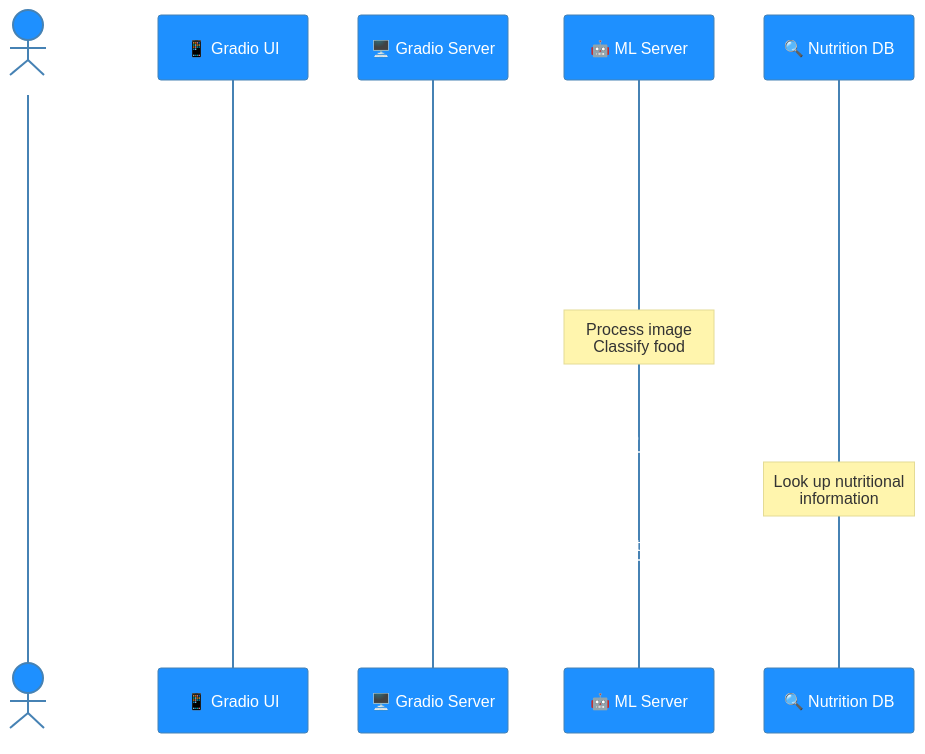
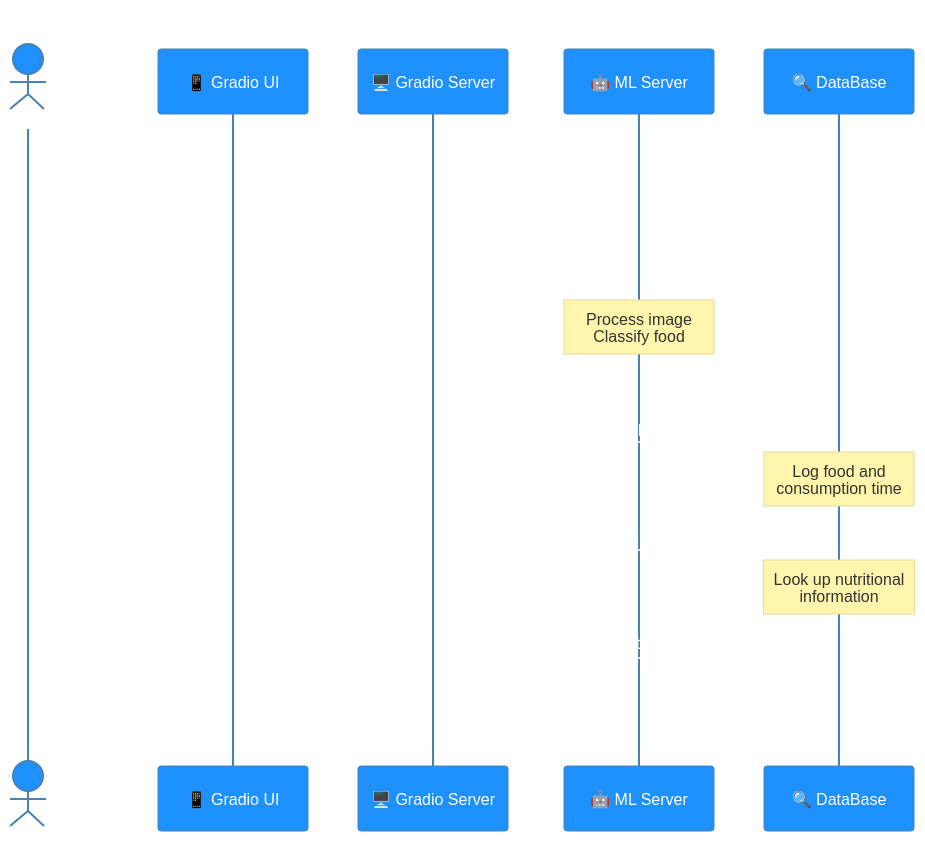
The second of 2 diagrams in README.md (ms-five-guys/food-decoder), drawn with Mermaid before and after one commit. The commit also changed other lines of this file, not shown here.

Commit message:
📝 Update `README.md` to separate sequence diagrams

````diff
--- a/README.md
+++ b/README.md
@@ -33,40 +72,42 @@
 ```mermaid
 %%{
   init: {
     'theme': 'base',
     'themeVariables': {
       'primaryColor': '#1E90FF',
       'primaryTextColor': '#FFFFFF',
       'primaryBorderColor': '#4682B4',
       'lineColor': '#32CD32',
       'secondaryColor': '#FFD700',
       'tertiaryColor': '#F0F8FF'
     }
   }
 }%%
 
 sequenceDiagram
+    title Image Processing and Nutrition Information
     actor User
     participant UI as 📱 Gradio UI
     participant Server as 🖥️ Gradio Server
     participant ML as 🤖 ML Server
-    participant DB as 🔍 Nutrition DB
+    participant DB as 🔍 DataBase
     
-    User->>UI: Access Interface
     UI->>User: Show Camera
     
     User->>UI: Capture Photo
     UI->>Server: Send Image
     
     Server->>ML: Request Prediction
     Note over ML: Process image<br/>Classify food
     
     ML->>Server: Return Food Name
+    Server->>DB: Record Food Consumption with Timestamp
+    Note over DB: Log food and<br/>consumption time
     Server->>DB: Query Nutrition Info using Food Name
     Note over DB: Look up nutritional<br/>information
     
     DB->>Server: Return Nutrition Data
     
     Server->>UI: Format Result
     UI->>User: Show Nutrition Info
 ```
````
